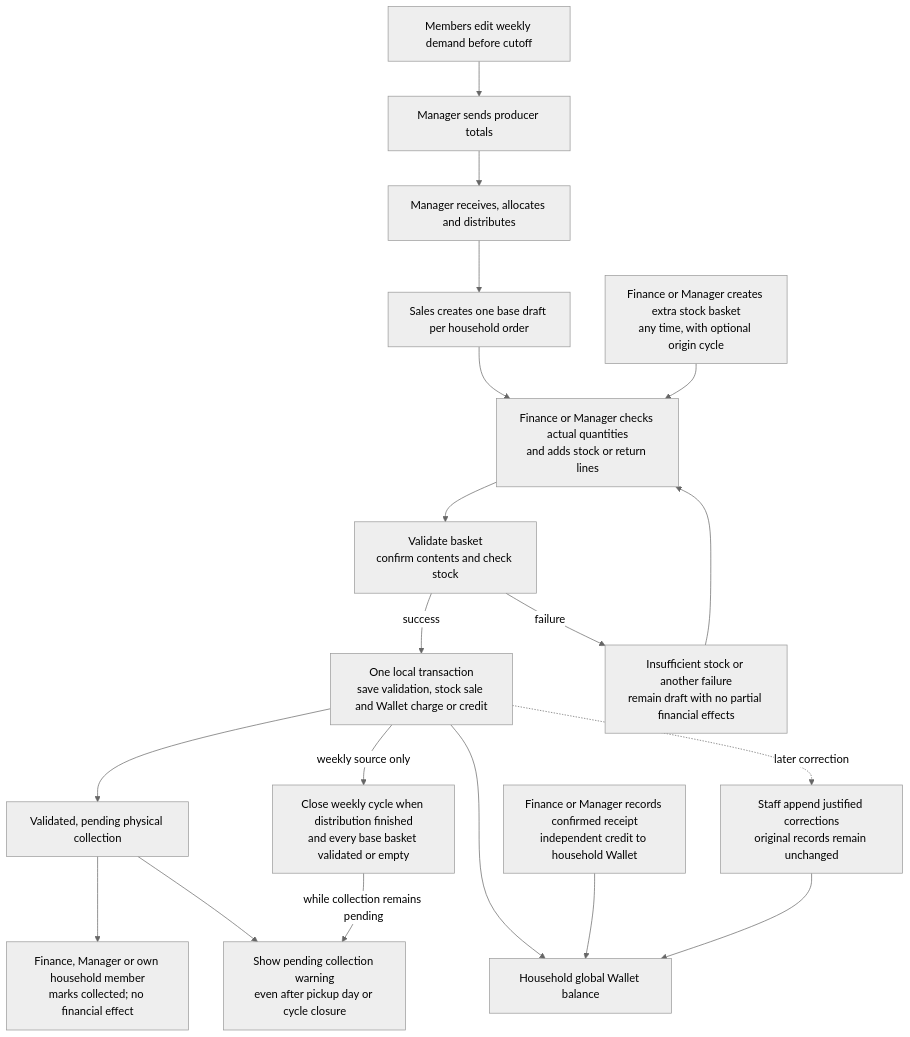
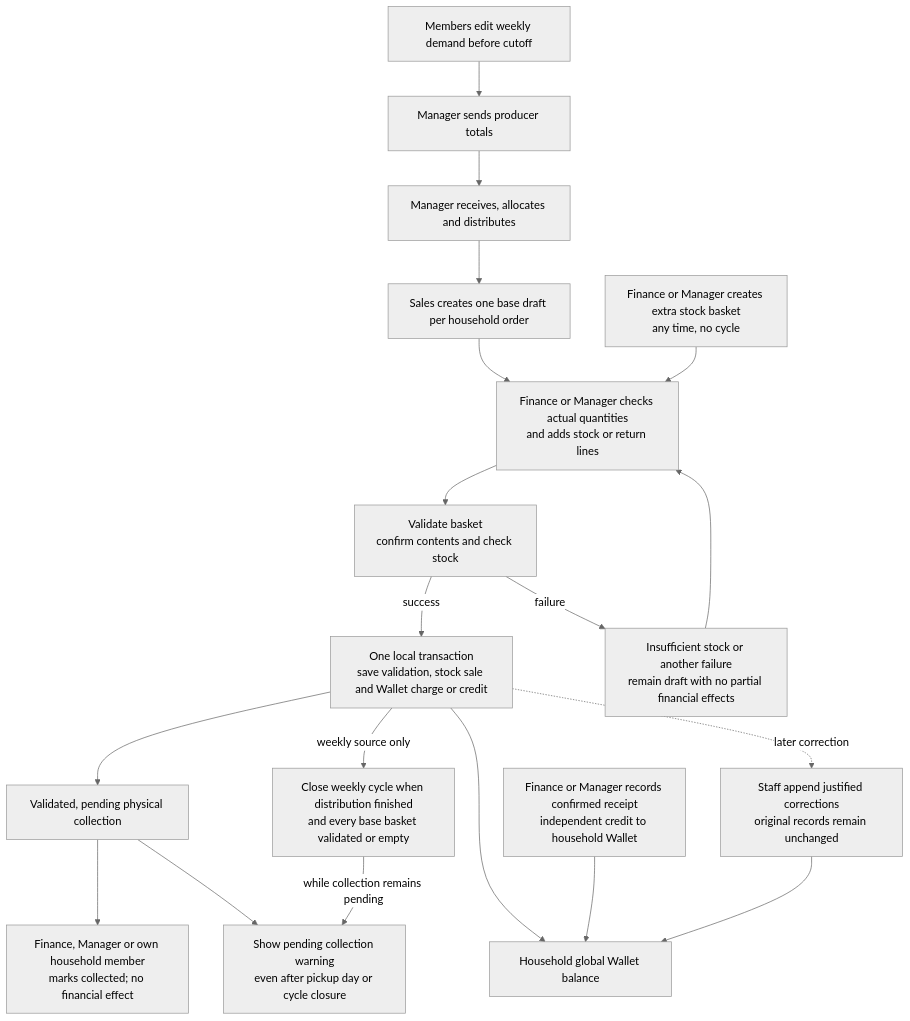
Before and after one commit to dadraude/guixa: the third of 3 diagrams in specs/001-weekly-orders/diagrams.md, drawn with Mermaid (neutral theme). The commit also changed other lines of this file and 10 other files, not shown here.

````diff
--- a/specs/001-weekly-orders/diagrams.md
+++ b/specs/001-weekly-orders/diagrams.md
@@ -113,32 +112,32 @@
 ```mermaid
 flowchart TB
     O[Members edit weekly demand before cutoff]
     P[Manager sends producer totals]
     R[Manager receives, allocates and distributes]
     D[Sales creates one base draft per household order]
-    S[Finance or Manager creates extra stock basket<br/>any time, with optional origin cycle]
+    S[Finance or Manager creates extra stock basket<br/>any time, no cycle]
     E[Finance or Manager checks actual quantities<br/>and adds stock or return lines]
     V[Validate basket<br/>confirm contents and check stock]
     A[One local transaction<br/>save validation, stock sale and Wallet charge or credit]
     F[Insufficient stock or another failure<br/>remain draft with no partial financial effects]
     CP[Validated, pending physical collection]
     CC[Finance, Manager or own household member<br/>marks collected; no financial effect]
     CL[Close weekly cycle when distribution finished<br/>and every base basket validated or empty]
     WARN[Show pending collection warning<br/>even after pickup day or cycle closure]
     PAY[Finance or Manager records confirmed receipt<br/>independent credit to household Wallet]
     WB[Household global Wallet balance]
     COR[Staff append justified corrections<br/>original records remain unchanged]
 
     O --> P --> R --> D --> E
     S --> E
     E --> V
     V -->|success| A --> CP --> CC
     V -->|failure| F --> E
     A -->|weekly source only| CL
     CP --> WARN
     CL -->|while collection remains pending| WARN
     A --> WB
     PAY --> WB
     A -. later correction .-> COR
     COR --> WB
 ```
````
